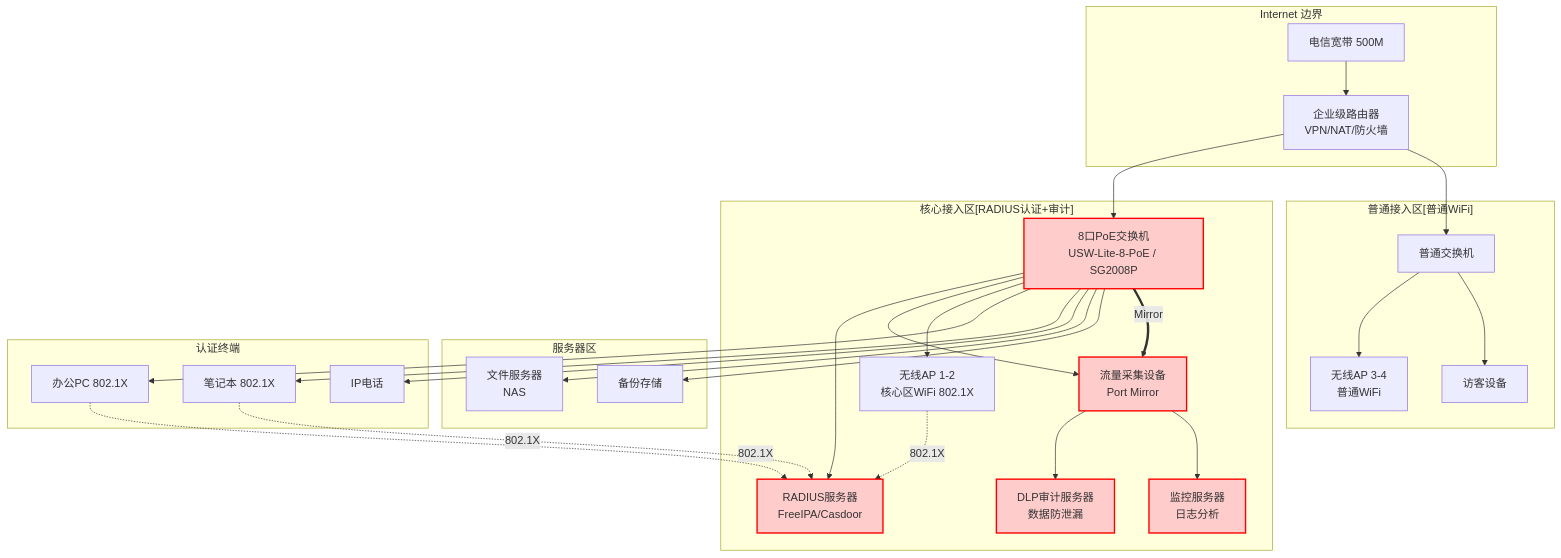
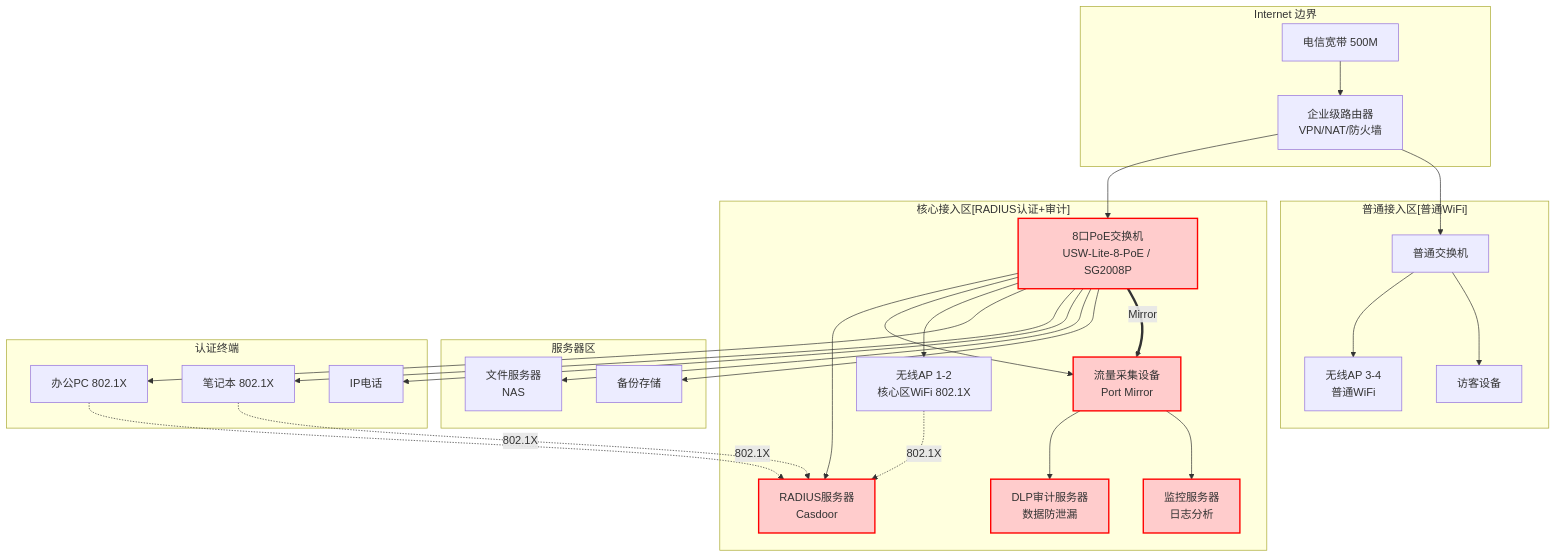
One commit to stars-labs/full-it-infra-design-docs changed the diagram in docs/03-architecture/network-design/index.md. Above: the diagram before and after it, drawn with Mermaid. The commit also changed 1 other file, not shown here.

Commit message:
refactor: replace FreeIPA with Casdoor for RADIUS authentication
- Remove all FreeIPA RADIUS configurations from network design docs
- Replace with Casdoor-based RADIUS authentication setup
- Update wireless authentication architecture diagram
- Update network overview diagram to use Casdoor only

````diff
--- a/docs/03-architecture/network-design/index.md
+++ b/docs/03-architecture/network-design/index.md
@@ -17,69 +17,69 @@
 ```mermaid
 graph TB
     subgraph "Internet 边界"
         ISP[电信宽带 500M]
         ROUTER[企业级路由器<br/>VPN/NAT/防火墙]
     end
 
     subgraph "核心接入区[RADIUS认证+审计]"
         CORE_SWITCH[8口PoE交换机<br/>USW-Lite-8-PoE / SG2008P]
-        RADIUS[RADIUS服务器<br/>FreeIPA/Casdoor]
+        RADIUS[RADIUS服务器<br/>Casdoor]
         TAP[流量采集设备<br/>Port Mirror]
         DLP[DLP审计服务器<br/>数据防泄漏]
         MON[监控服务器<br/>日志分析]
         AP_CORE[无线AP 1-2<br/>核心区WiFi 802.1X]
     end
 
     subgraph "普通接入区[普通WiFi]"
         SWITCH2[普通交换机]
         AP_GUEST[无线AP 3-4<br/>普通WiFi]
         PC_GUEST[访客设备]
     end
 
     subgraph "服务器区"
         FILE[文件服务器<br/>NAS]
         BACKUP[备份存储]
     end
 
     subgraph "认证终端"
         PC1[办公PC 802.1X]
         LAPTOP[笔记本 802.1X]
         PHONE[IP电话]
     end
 
     %% 边界连接
     ISP --> ROUTER
     ROUTER --> CORE_SWITCH
     ROUTER --> SWITCH2
 
     %% 核心区连接
     CORE_SWITCH --> RADIUS
     CORE_SWITCH --> TAP
     TAP --> DLP
     TAP --> MON
     CORE_SWITCH --> AP_CORE
     CORE_SWITCH --> PC1
     CORE_SWITCH --> LAPTOP
     CORE_SWITCH --> PHONE
     CORE_SWITCH --> FILE
     CORE_SWITCH --> BACKUP
 
     %% 普通区连接
     SWITCH2 --> AP_GUEST
     SWITCH2 --> PC_GUEST
 
     %% RADIUS认证流量
     AP_CORE -.->|802.1X| RADIUS
     PC1 -.->|802.1X| RADIUS
     LAPTOP -.->|802.1X| RADIUS
 
     %% Port Mirror流量
     CORE_SWITCH ==Mirror==> TAP
 
     %% 样式
     style CORE_SWITCH fill:#ffcccc,stroke:#ff0000,stroke-width:2px
     style RADIUS fill:#ffcccc,stroke:#ff0000,stroke-width:2px
     style TAP fill:#ffcccc,stroke:#ff0000,stroke-width:2px
     style DLP fill:#ffcccc,stroke:#ff0000,stroke-width:2px
     style MON fill:#ffcccc,stroke:#ff0000,stroke-width:2px
 ```
````
